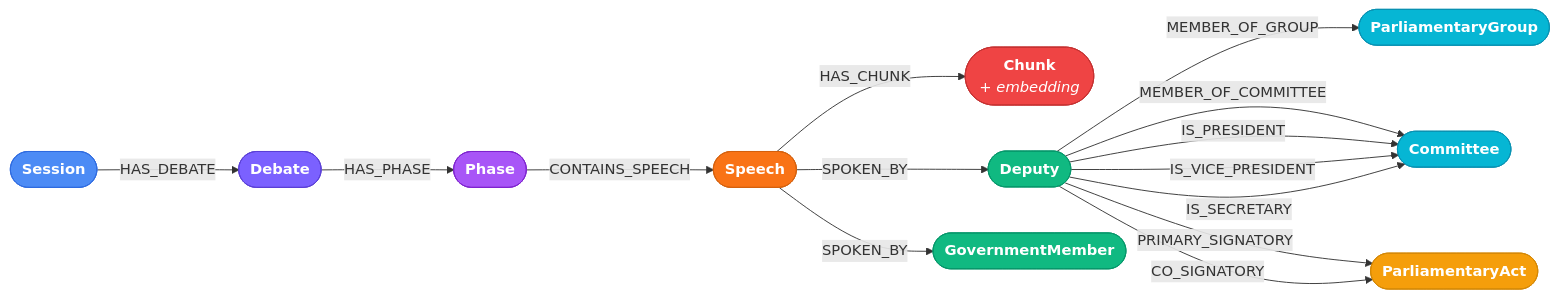
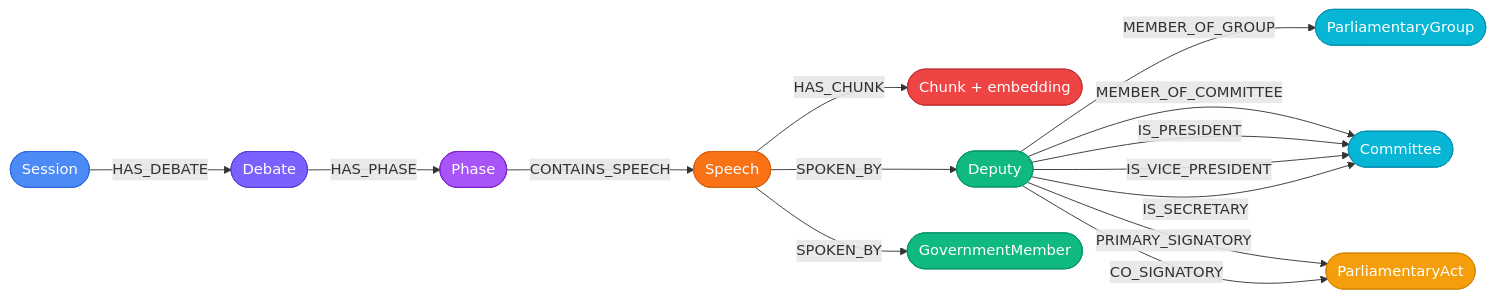
Before and after one commit to Emeierkeio/ParliamentRAG: the second of 2 diagrams in README.md, drawn with Mermaid. The commit also changed other lines of this file, not shown here.

````diff
--- a/README.md
+++ b/README.md
@@ -345,36 +398,36 @@
 ```mermaid
 graph LR
-  Session([<b>Session</b>]):::session
-  Debate([<b>Debate</b>]):::debate
-  Phase([<b>Phase</b>]):::phase
-  Speech([<b>Speech</b>]):::speech
-  Chunk([<b>Chunk</b><br/><i>+ embedding</i>]):::chunk
-  Deputy([<b>Deputy</b>]):::person
-  GovMember([<b>GovernmentMember</b>]):::person
-  Group([<b>ParliamentaryGroup</b>]):::group
-  Committee([<b>Committee</b>]):::group
-  Act([<b>ParliamentaryAct</b>]):::act
+  Session([Session]):::session
+  Debate([Debate]):::debate
+  Phase([Phase]):::phase
+  Speech([Speech]):::speech
+  Chunk([Chunk + embedding]):::chunk
+  Deputy([Deputy]):::person
+  GovMember([GovernmentMember]):::person
+  Group([ParliamentaryGroup]):::group
+  Committee([Committee]):::group
+  Act([ParliamentaryAct]):::act
 
   Session -->|HAS_DEBATE| Debate
   Debate -->|HAS_PHASE| Phase
   Phase -->|CONTAINS_SPEECH| Speech
   Speech -->|HAS_CHUNK| Chunk
   Speech -->|SPOKEN_BY| Deputy
   Speech -->|SPOKEN_BY| GovMember
   Deputy -->|MEMBER_OF_GROUP| Group
   Deputy -->|MEMBER_OF_COMMITTEE| Committee
   Deputy -->|IS_PRESIDENT| Committee
   Deputy -->|IS_VICE_PRESIDENT| Committee
   Deputy -->|IS_SECRETARY| Committee
   Deputy -->|PRIMARY_SIGNATORY| Act
   Deputy -->|CO_SIGNATORY| Act
 
-  classDef session fill:#4C8BF5,stroke:#2d6ae0,color:#fff,rx:12
-  classDef debate fill:#7B61FF,stroke:#5a3fd6,color:#fff,rx:12
-  classDef phase fill:#a855f7,stroke:#7e22ce,color:#fff,rx:12
-  classDef speech fill:#F97316,stroke:#d4600e,color:#fff,rx:12
-  classDef chunk fill:#EF4444,stroke:#c53030,color:#fff,rx:12
-  classDef person fill:#10B981,stroke:#059669,color:#fff,rx:12
-  classDef group fill:#06B6D4,stroke:#0891b2,color:#fff,rx:12
-  classDef act fill:#F59E0B,stroke:#d48806,color:#fff,rx:12
+  classDef session fill:#4C8BF5,stroke:#2d6ae0,color:#fff
+  classDef debate fill:#7B61FF,stroke:#5a3fd6,color:#fff
+  classDef phase fill:#a855f7,stroke:#7e22ce,color:#fff
+  classDef speech fill:#F97316,stroke:#d4600e,color:#fff
+  classDef chunk fill:#EF4444,stroke:#c53030,color:#fff
+  classDef person fill:#10B981,stroke:#059669,color:#fff
+  classDef group fill:#06B6D4,stroke:#0891b2,color:#fff
+  classDef act fill:#F59E0B,stroke:#d48806,color:#fff
 ```
````
